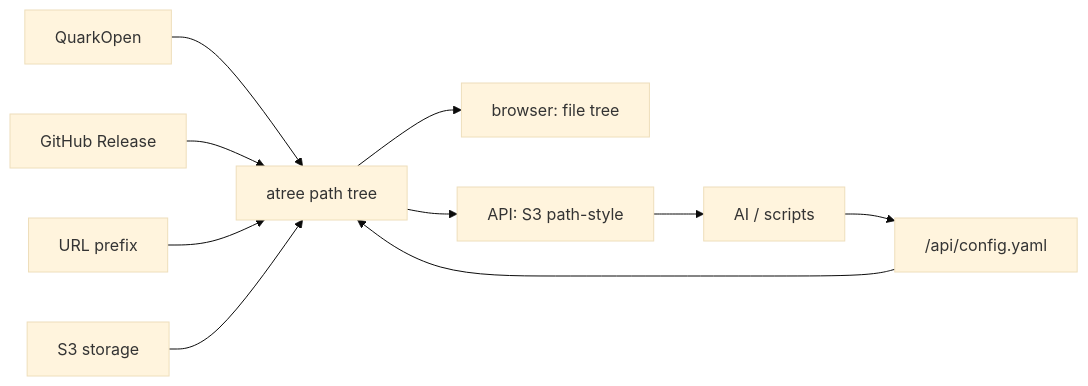
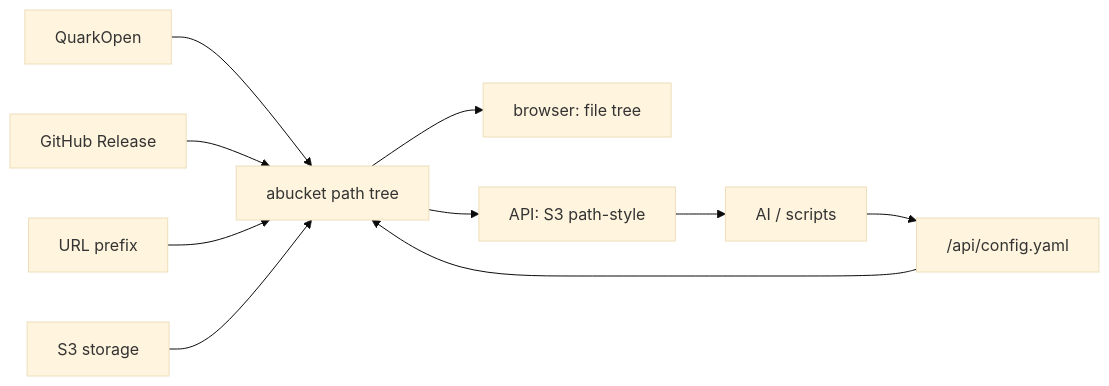
One commit to wangzexi/abucket changed the diagram in README.md. Above: the diagram before and after it, drawn with Mermaid (base theme). The commit also changed other lines of this file and 12 other files, not shown here.

````diff
--- a/README.md
+++ b/README.md
@@ -11,19 +11,19 @@
 ```mermaid
 flowchart LR
   Q["QuarkOpen"]
   G["GitHub Release"]
   U["URL prefix"]
   S["S3 storage"]
   C["/api/config.yaml"]
 
-  Q --> T["atree path tree"]
+  Q --> T["abucket path tree"]
   G --> T
   U --> T
   S --> T
   C --> T
 
   T --> B["browser: file tree"]
   T --> A["API: S3 path-style"]
   A --> AI["AI / scripts"]
   AI --> C
 ```
````
